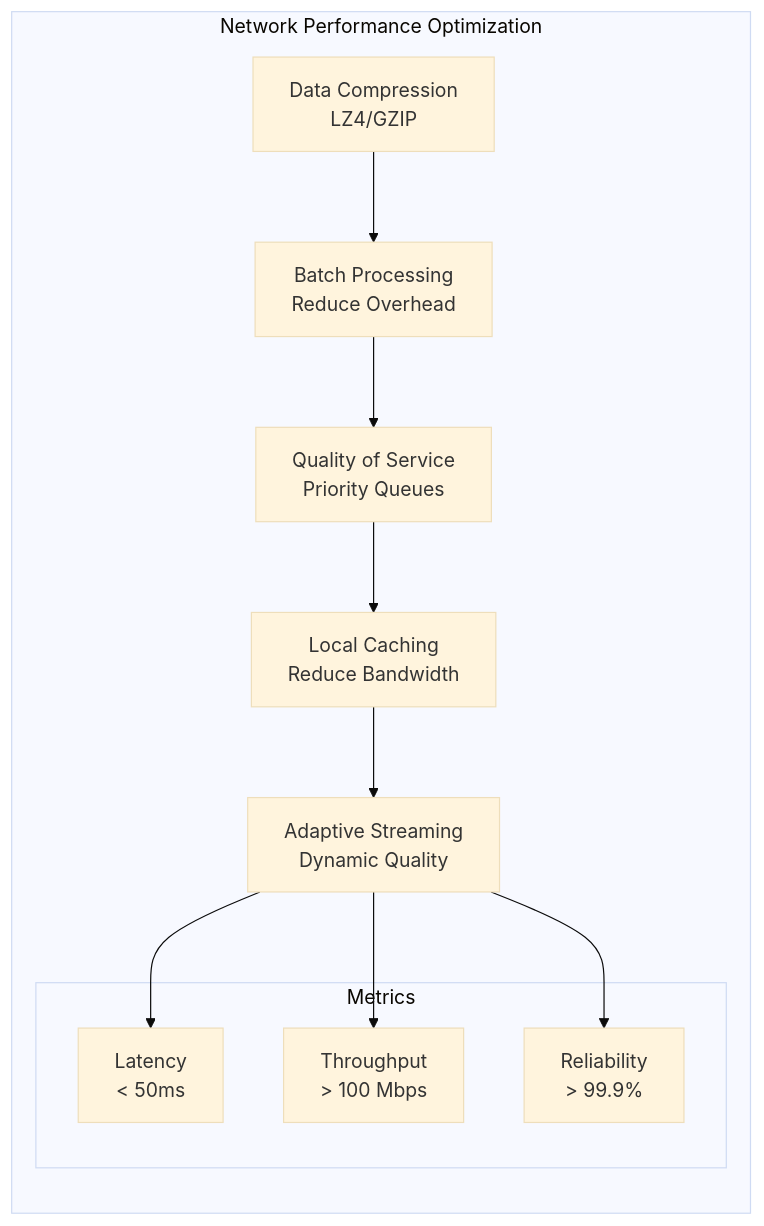
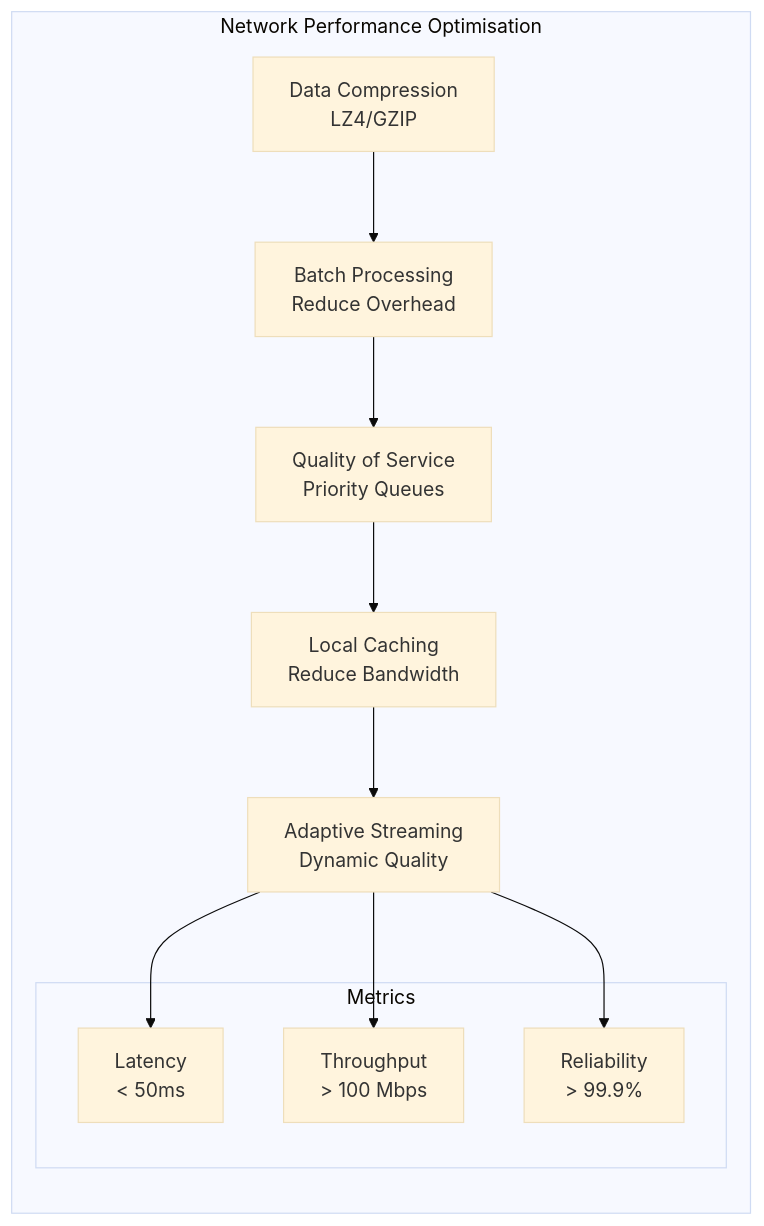
One commit to buccancs/fyp-multi-sensor-recording-system changed diagram 11 of 11 in PythonApp/README.md. Above: the diagram before and after it, drawn with Mermaid (base theme). The commit also changed other lines of this file and 56 other files, not shown here.

````diff
--- a/PythonApp/README.md
+++ b/PythonApp/README.md
@@ -1374,25 +1374,25 @@
 ```mermaid
 graph LR
-    subgraph "Network Performance Optimization"
+    subgraph "Network Performance Optimisation"
         COMPRESS[Data Compression<br/>LZ4/GZIP]
         BATCH[Batch Processing<br/>Reduce Overhead]
         PRIORITY[Quality of Service<br/>Priority Queues]
         CACHE[Local Caching<br/>Reduce Bandwidth]
         ADAPT[Adaptive Streaming<br/>Dynamic Quality]
         
         COMPRESS --> BATCH
         BATCH --> PRIORITY
         PRIORITY --> CACHE
         CACHE --> ADAPT
         
         subgraph "Metrics"
             LATENCY[Latency<br/>< 50ms]
             THROUGHPUT[Throughput<br/>> 100 Mbps]
             RELIABILITY[Reliability<br/>> 99.9%]
         end
         
         ADAPT --> LATENCY
         ADAPT --> THROUGHPUT
         ADAPT --> RELIABILITY
     end
 ```
````
